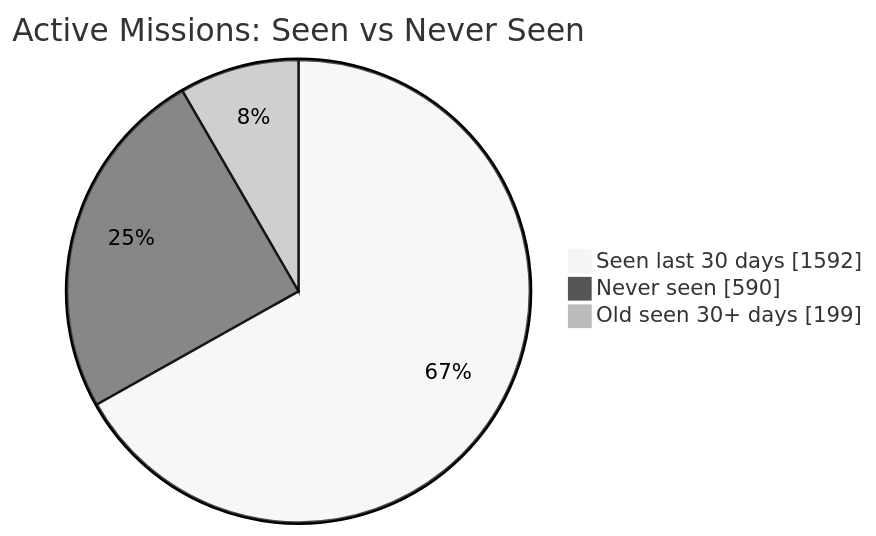
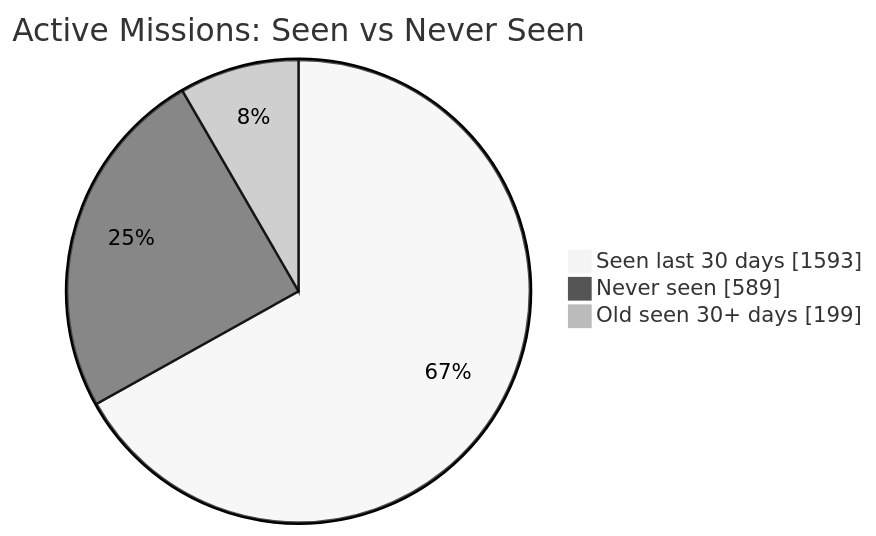
One commit to MeldkamerspelGameTeam/active-missions changed the first of 2 diagrams in README.md. Above: the diagram before and after it, drawn with Mermaid (neutral theme). The commit also changed other lines of this file and 3 other files, not shown here.

````diff
--- a/README.md
+++ b/README.md
@@ -34,7 +34,7 @@
 ```mermaid
 pie showData
     title Active Missions: Seen vs Never Seen
-    "Seen last 30 days" : 1592
-    "Never seen" : 590
+    "Seen last 30 days" : 1593
+    "Never seen" : 589
     "Old seen 30+ days" : 199
 ```
````
